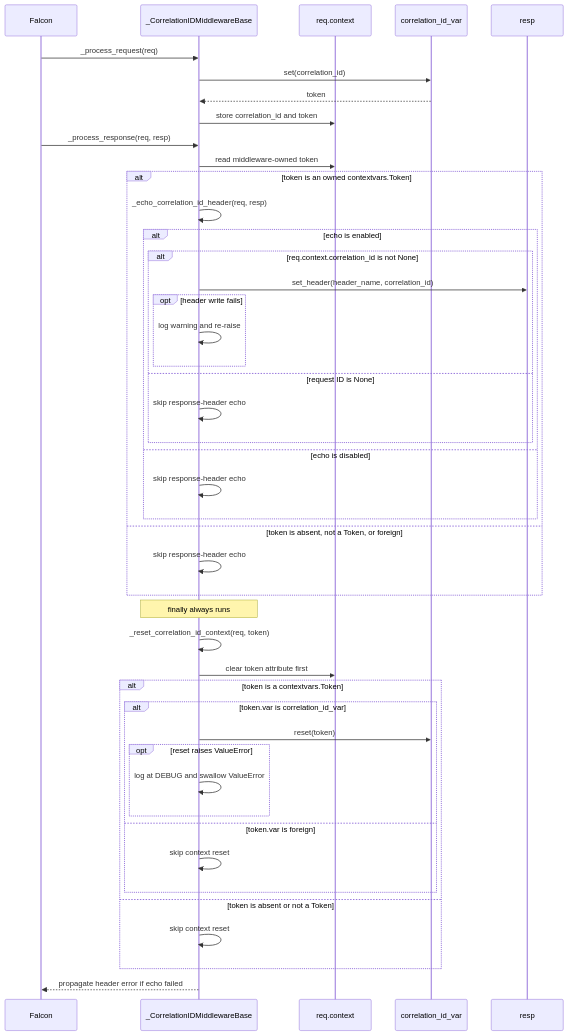
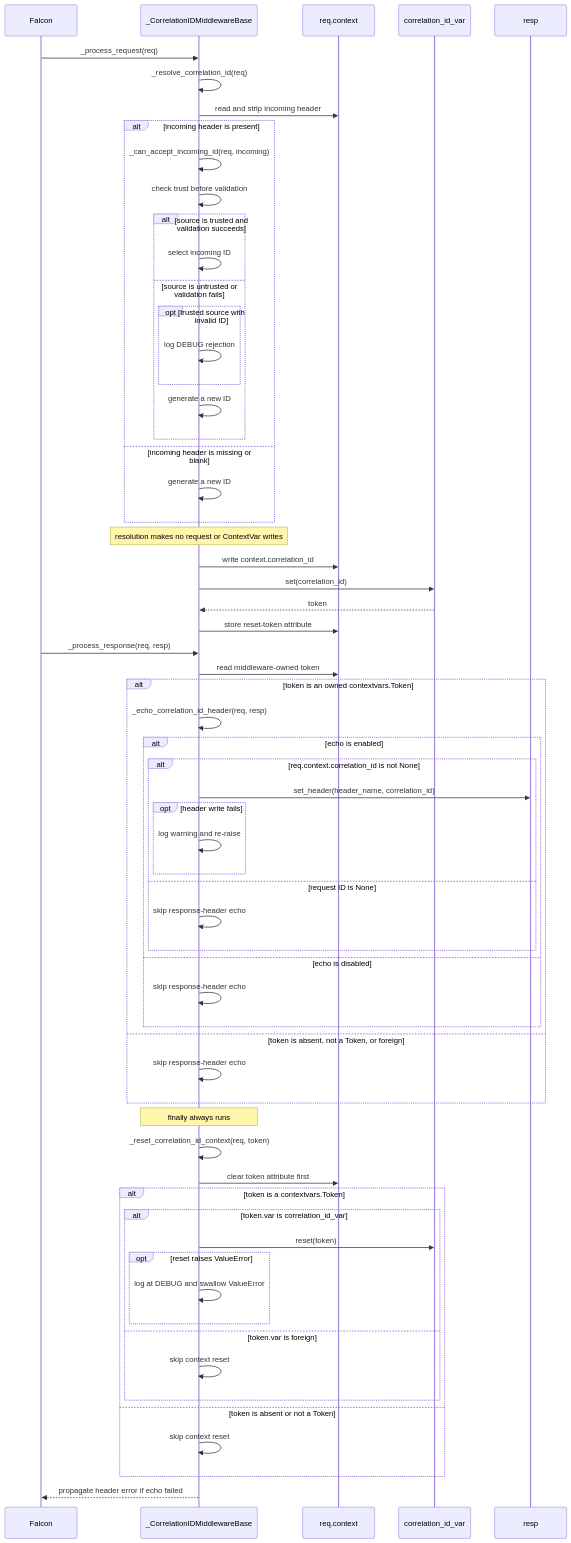
The third of 5 diagrams in docs/falcon-correlation-id-middleware-design.md (leynos/falcon-correlate), drawn with Mermaid before and after one commit. The commit also changed other lines of this file, not shown here.

First line of the commit message:
Align design example with middleware flow

````diff
--- a/docs/falcon-correlation-id-middleware-design.md
+++ b/docs/falcon-correlation-id-middleware-design.md
@@ -967,48 +990,66 @@
 ```mermaid
 sequenceDiagram
     participant Falcon
     participant Middleware as _CorrelationIDMiddlewareBase
     participant Request as req.context
     participant Context as correlation_id_var
     participant Response as resp
 
     Falcon->>Middleware: _process_request(req)
+    Middleware->>Middleware: _resolve_correlation_id(req)
+    Middleware->>Request: read and strip incoming header
+    alt incoming header is present
+        Middleware->>Middleware: _can_accept_incoming_id(req, incoming)
+        Middleware->>Middleware: check trust before validation
+        alt source is trusted and validation succeeds
+            Middleware->>Middleware: select incoming ID
+        else source is untrusted or validation fails
+            opt trusted source with invalid ID
+                Middleware->>Middleware: log DEBUG rejection
+            end
+            Middleware->>Middleware: generate a new ID
+        end
+    else incoming header is missing or blank
+        Middleware->>Middleware: generate a new ID
+    end
+    Note over Middleware: resolution makes no request or ContextVar writes
+    Middleware->>Request: write context.correlation_id
     Middleware->>Context: set(correlation_id)
     Context-->>Middleware: token
-    Middleware->>Request: store correlation_id and token
+    Middleware->>Request: store reset-token attribute
     Falcon->>Middleware: _process_response(req, resp)
     Middleware->>Request: read middleware-owned token
     alt token is an owned contextvars.Token
         Middleware->>Middleware: _echo_correlation_id_header(req, resp)
         alt echo is enabled
             alt req.context.correlation_id is not None
                 Middleware->>Response: set_header(header_name, correlation_id)
                 opt header write fails
                     Middleware->>Middleware: log warning and re-raise
                 end
             else request ID is None
                 Middleware->>Middleware: skip response-header echo
             end
         else echo is disabled
             Middleware->>Middleware: skip response-header echo
         end
     else token is absent, not a Token, or foreign
         Middleware->>Middleware: skip response-header echo
     end
     Note over Middleware: finally always runs
     Middleware->>Middleware: _reset_correlation_id_context(req, token)
     Middleware->>Request: clear token attribute first
     alt token is a contextvars.Token
         alt token.var is correlation_id_var
             Middleware->>Context: reset(token)
             opt reset raises ValueError
                 Middleware->>Middleware: log at DEBUG and swallow ValueError
             end
         else token.var is foreign
             Middleware->>Middleware: skip context reset
         end
     else token is absent or not a Token
         Middleware->>Middleware: skip context reset
     end
     Middleware-->>Falcon: propagate header error if echo failed
 ```
````
